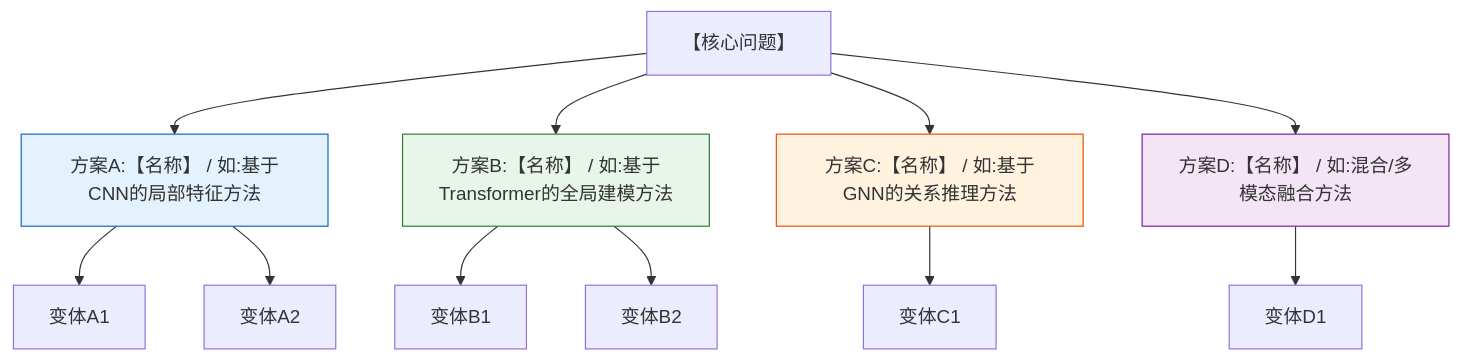
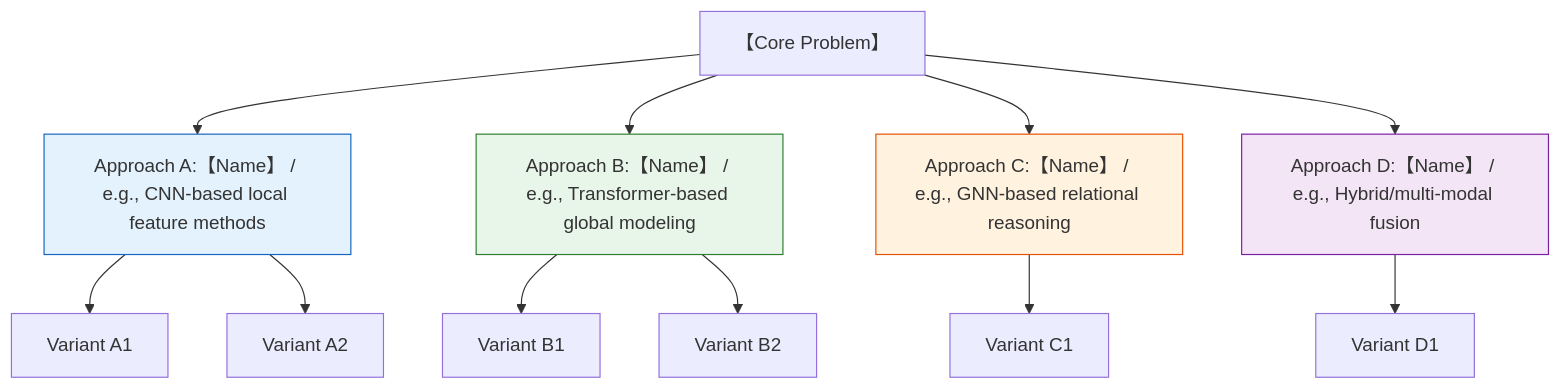
The fourth of 9 diagrams in templates/【模板】论文研究报告.md (Kirky-X/cangjie), drawn with Mermaid before and after one commit. The commit also changed other lines of this file and 60 other files, not shown here.

````diff
--- a/templates/【模板】论文研究报告.md
+++ b/templates/【模板】论文研究报告.md
@@ -223,21 +223,21 @@
 ```mermaid
 graph TB
-    root[【核心问题】]
+    root[【Core Problem】]
 
-    root --> A[方案A:【名称】 / 如:基于CNN的局部特征方法]
-    root --> B[方案B:【名称】 / 如:基于Transformer的全局建模方法]
-    root --> C[方案C:【名称】 / 如:基于GNN的关系推理方法]
-    root --> D[方案D:【名称】 / 如:混合/多模态融合方法]
+    root --> A[Approach A:【Name】 / e.g., CNN-based local feature methods]
+    root --> B[Approach B:【Name】 / e.g., Transformer-based global modeling]
+    root --> C[Approach C:【Name】 / e.g., GNN-based relational reasoning]
+    root --> D[Approach D:【Name】 / e.g., Hybrid/multi-modal fusion]
 
-    A --> A1[变体A1]
-    A --> A2[变体A2]
-    B --> B1[变体B1]
-    B --> B2[变体B2]
-    C --> C1[变体C1]
-    D --> D1[变体D1]
+    A --> A1[Variant A1]
+    A --> A2[Variant A2]
+    B --> B1[Variant B1]
+    B --> B2[Variant B2]
+    C --> C1[Variant C1]
+    D --> D1[Variant D1]
 
     style A fill:#e3f2fd,stroke:#1565c0
     style B fill:#e8f5e9,stroke:#2e7d32
     style C fill:#fff3e0,stroke:#e65100
     style D fill:#f3e5f5,stroke:#7b1fa2
 ```
````
